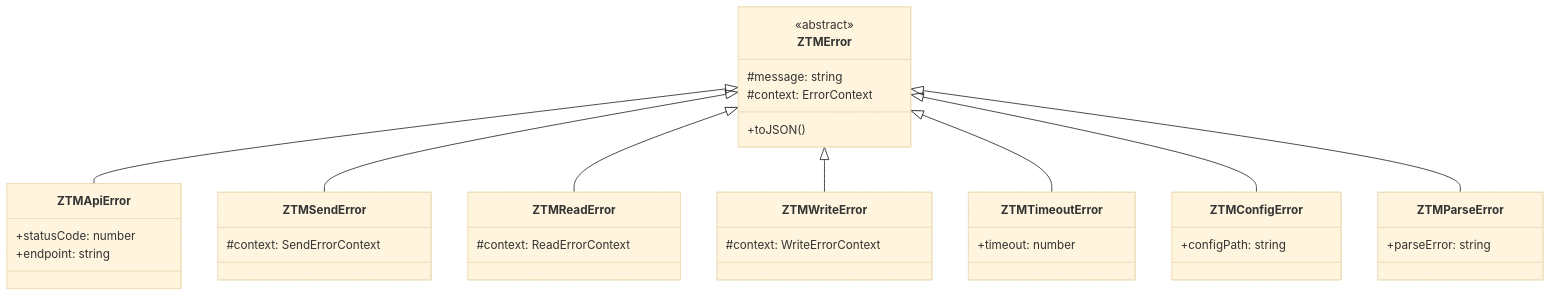
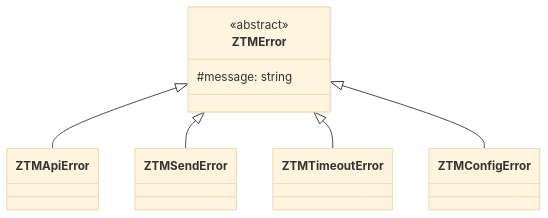
One commit to clawparty-ai/openclaw-channel-plugin-ztm changed the tenth of 10 diagrams in docs/architecture.md. Above: the diagram before and after it, drawn with Mermaid (base theme). The commit also changed other lines of this file and 6 other files, not shown here.

First line of the commit message:
docs: optimize and reorganize architecture documentation

````diff
--- a/docs/architecture.md
+++ b/docs/architecture.md
@@ -1300,46 +720,16 @@
 ```mermaid
 classDiagram
     class ZTMError {
         <<abstract>>
         #message: string
-        #context: ErrorContext
-        +toJSON()
     }
-
-    class ZTMApiError {
-        +statusCode: number
-        +endpoint: string
-    }
-
-    class ZTMSendError {
-        #context: SendErrorContext
-    }
-
-    class ZTMReadError {
-        #context: ReadErrorContext
-    }
-
-    class ZTMWriteError {
-        #context: WriteErrorContext
-    }
-
-    class ZTMTimeoutError {
-        +timeout: number
-    }
-
-    class ZTMConfigError {
-        +configPath: string
-    }
-
-    class ZTMParseError {
-        +parseError: string
-    }
+    class ZTMApiError
+    class ZTMSendError
+    class ZTMTimeoutError
+    class ZTMConfigError
 
     ZTMError <|-- ZTMApiError
     ZTMError <|-- ZTMSendError
-    ZTMError <|-- ZTMReadError
-    ZTMError <|-- ZTMWriteError
     ZTMError <|-- ZTMTimeoutError
     ZTMError <|-- ZTMConfigError
-    ZTMError <|-- ZTMParseError
 ```
````
